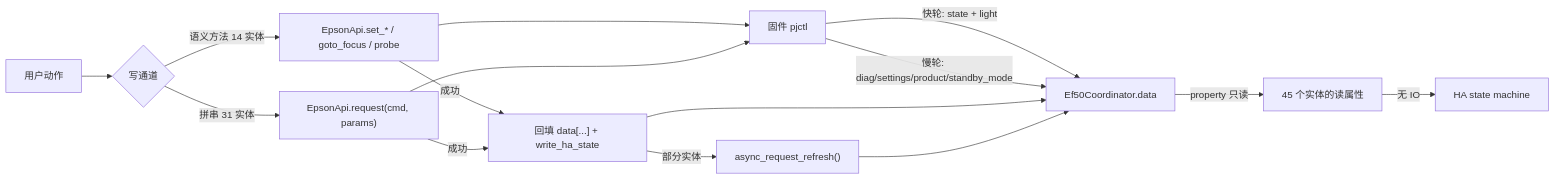
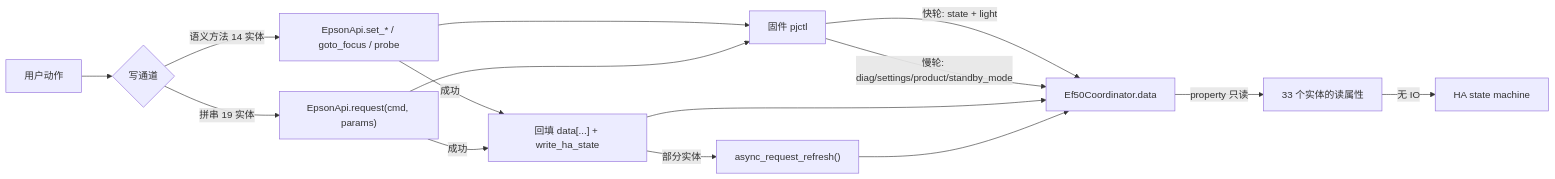
One commit to aixmoyu/ha-epson-ef-projector changed the sixth of 6 diagrams in docs/architecture/subsystems/entity-platforms/module_design.md. Above: the diagram before and after it, drawn with Mermaid. The commit also changed other lines of this file and 78 other files, not shown here.

````diff
--- a/docs/architecture/subsystems/entity-platforms/module_design.md
+++ b/docs/architecture/subsystems/entity-platforms/module_design.md
@@ -433,17 +433,17 @@
 ```mermaid
 flowchart LR
     FW["固件 pjctl"] -->|"快轮: state + light"| CO["Ef50Coordinator.data"]
     FW -->|"慢轮: diag/settings/product/standby_mode"| CO
-    CO -->|"property 只读"| RD["45 个实体的读属性"]
+    CO -->|"property 只读"| RD["33 个实体的读属性"]
     RD -->|"无 IO"| HA["HA state machine"]
     U["用户动作"] --> W{"写通道"}
     W -->|"语义方法 14 实体"| SEM["EpsonApi.set_* / goto_focus / probe"]
-    W -->|"拼串 31 实体"| RAW["EpsonApi.request(cmd, params)"]
+    W -->|"拼串 19 实体"| RAW["EpsonApi.request(cmd, params)"]
     SEM --> FW
     RAW --> FW
     SEM -->|"成功"| WB["回填 data[...] + write_ha_state"]
     RAW -->|"成功"| WB
     WB --> CO
     WB -->|"部分实体"| RF["async_request_refresh()"]
     RF --> CO
 ```
````
